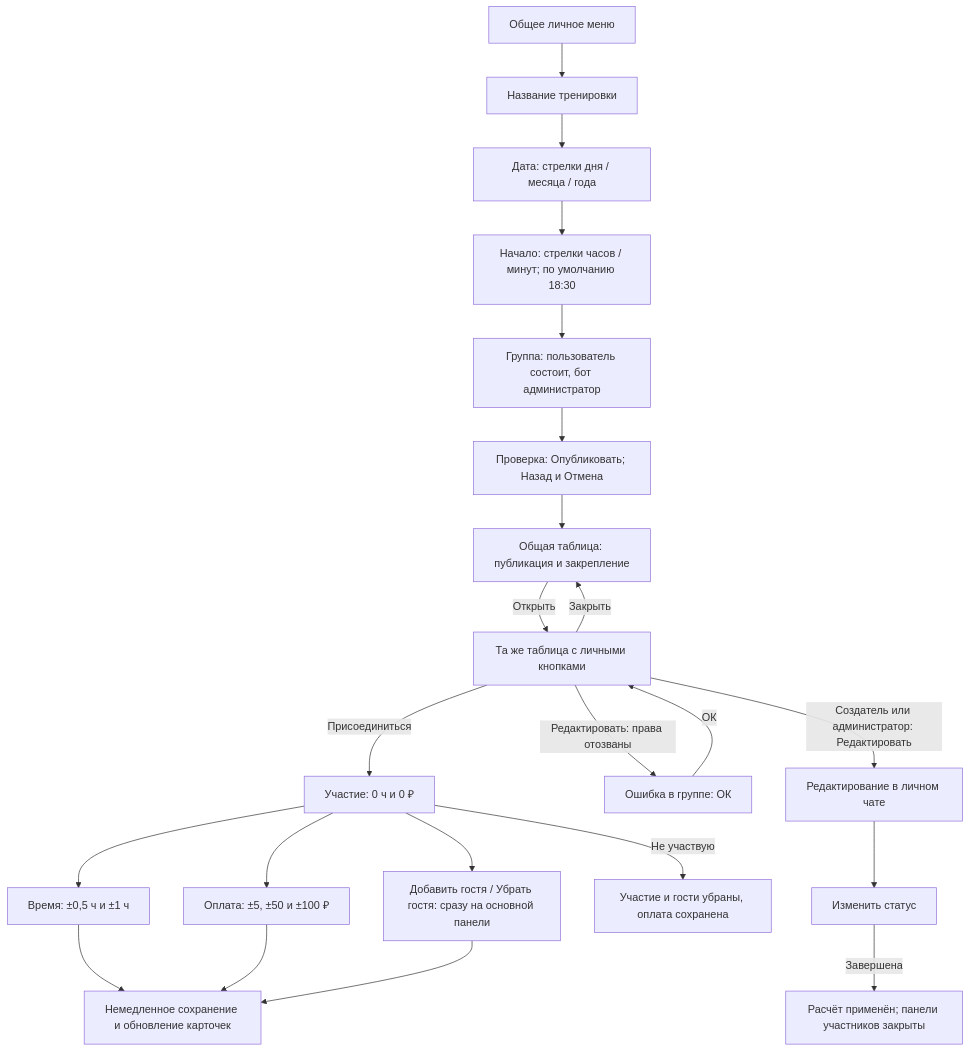
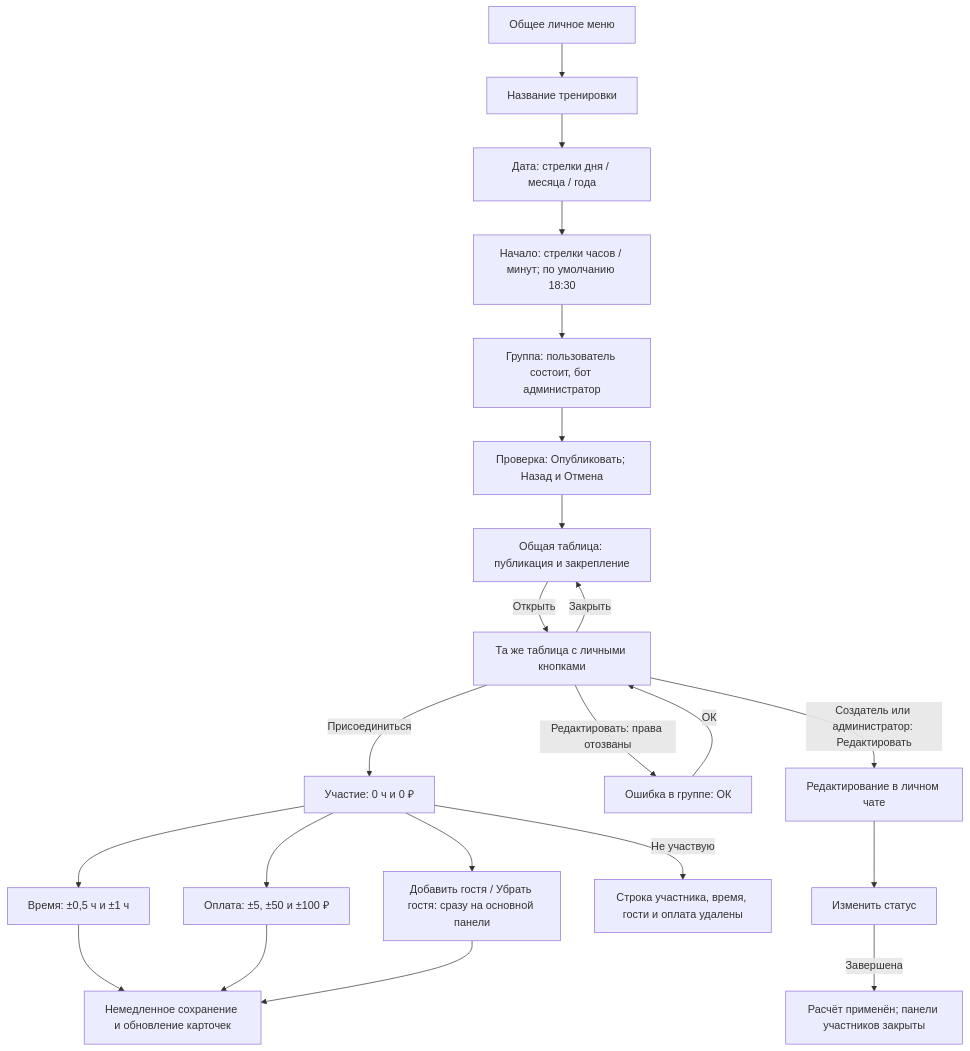
The first of 3 diagrams in docs/UI_FLOW_REVIEW.md (Romamor/tennis-split-bot), drawn with Mermaid before and after one commit. The commit also changed 17 other files, not shown here.

````diff
--- a/docs/UI_FLOW_REVIEW.md
+++ b/docs/UI_FLOW_REVIEW.md
@@ -13,24 +13,24 @@
 ```mermaid
 flowchart TD
     Menu[Общее личное меню] --> Create[Название тренировки]
     Create --> DatePicker[Дата: стрелки дня / месяца / года]
     DatePicker --> StartTime[Начало: стрелки часов / минут; по умолчанию 18:30]
     StartTime --> PickGroup[Группа: пользователь состоит, бот администратор]
     PickGroup --> Check[Проверка: Опубликовать; Назад и Отмена]
     Check --> Public[Общая таблица: публикация и закрепление]
     Public -->|Открыть| Personal[Та же таблица с личными кнопками]
     Personal -->|Присоединиться| Joined[Участие: 0 ч и 0 ₽]
     Joined --> Time[Время: ±0,5 ч и ±1 ч]
     Joined --> Payment[Оплата: ±5, ±50 и ±100 ₽]
     Joined --> Guests[Добавить гостя / Убрать гостя: сразу на основной панели]
     Time --> Save[Немедленное сохранение и обновление карточек]
     Payment --> Save
     Guests --> Save
-    Joined -->|Не участвую| Leave[Участие и гости убраны, оплата сохранена]
+    Joined -->|Не участвую| Leave[Строка участника, время, гости и оплата удалены]
     Personal -->|Закрыть| Public
     Personal -->|Редактировать: права отозваны| EditError[Ошибка в группе: ОК]
     EditError -->|ОК| Personal
     Personal -->|Создатель или администратор: Редактировать| Editor[Редактирование в личном чате]
     Editor --> Status[Изменить статус]
     Status -->|Завершена| Accounted[Расчёт применён; панели участников закрыты]
 ```
````
